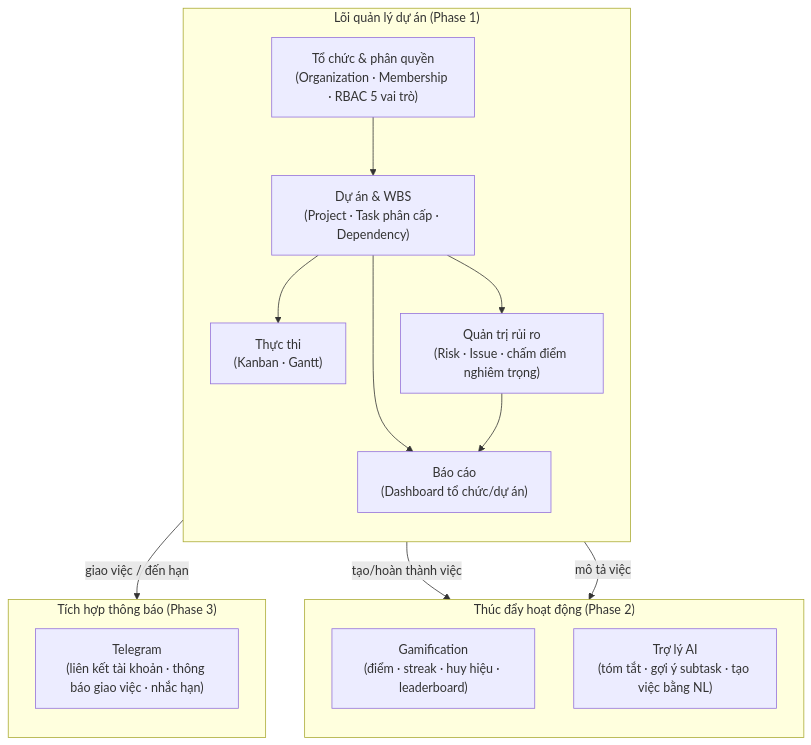
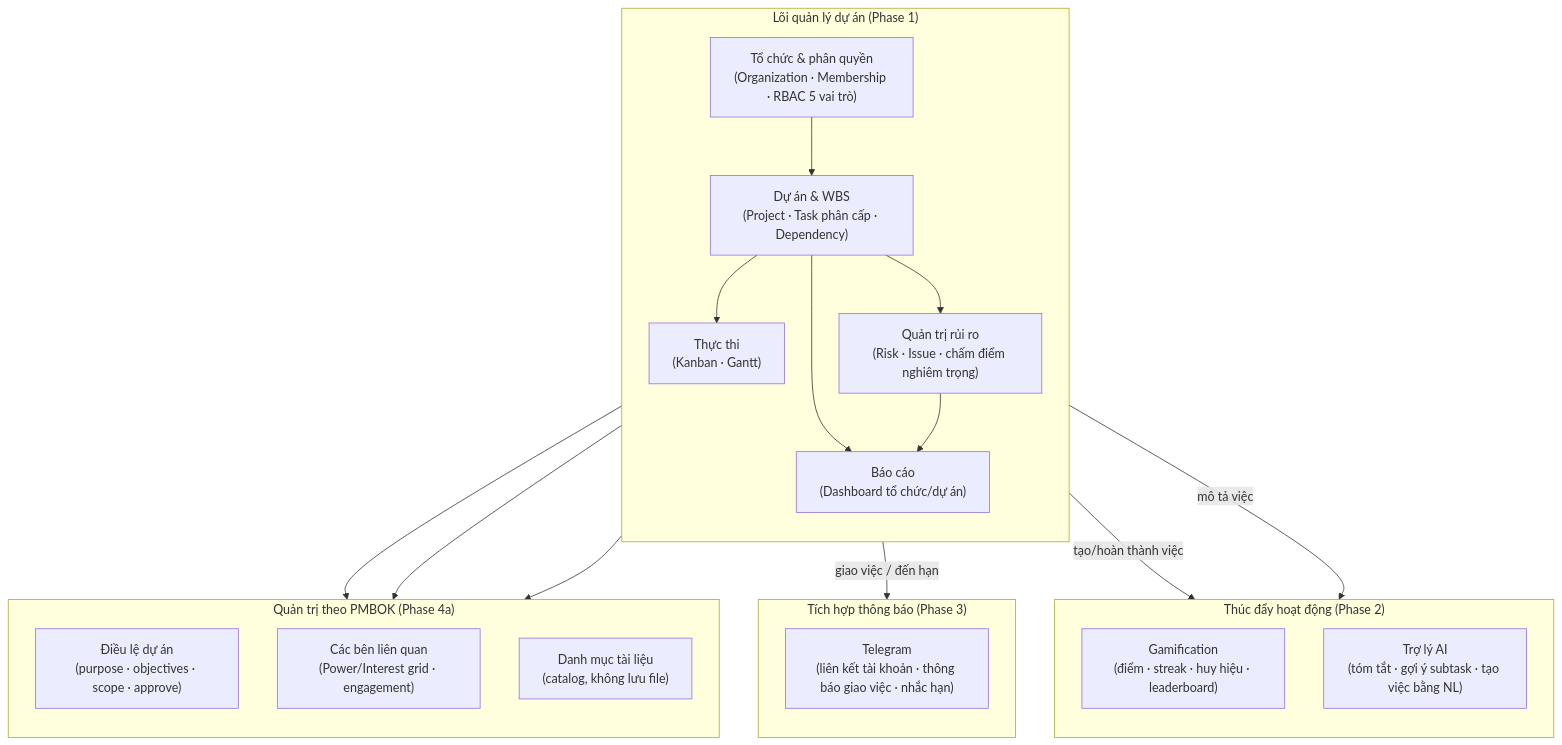
Before and after one commit to greyhub/pmtool: the first of 11 diagrams in docs/kien-truc.md, drawn with Mermaid. The commit also changed other lines of this file and 43 other files, not shown here.

First line of the commit message:
feat: add PMBOK project artifacts — Charter, Stakeholder Register, Document Registry (Phase 4a)

````diff
--- a/docs/kien-truc.md
+++ b/docs/kien-truc.md
@@ -20,28 +20,37 @@
 ```mermaid
 flowchart TD
     subgraph CORE["Lõi quản lý dự án (Phase 1)"]
         direction TB
         C1["Tổ chức & phân quyền<br/>(Organization · Membership · RBAC 5 vai trò)"]
         C2["Dự án & WBS<br/>(Project · Task phân cấp · Dependency)"]
         C3["Thực thi<br/>(Kanban · Gantt)"]
         C4["Quản trị rủi ro<br/>(Risk · Issue · chấm điểm nghiêm trọng)"]
         C5["Báo cáo<br/>(Dashboard tổ chức/dự án)"]
     end
     subgraph ENGAGE["Thúc đẩy hoạt động (Phase 2)"]
         direction TB
         E1["Gamification<br/>(điểm · streak · huy hiệu · leaderboard)"]
         E2["Trợ lý AI<br/>(tóm tắt · gợi ý subtask · tạo việc bằng NL)"]
     end
     subgraph NOTIFY["Tích hợp thông báo (Phase 3)"]
         direction TB
         N1["Telegram<br/>(liên kết tài khoản · thông báo giao việc · nhắc hạn)"]
     end
+    subgraph GOVERN["Quản trị theo PMBOK (Phase 4a)"]
+        direction TB
+        G1["Điều lệ dự án<br/>(purpose · objectives · scope · approve)"]
+        G2["Các bên liên quan<br/>(Power/Interest grid · engagement)"]
+        G3["Danh mục tài liệu<br/>(catalog, không lưu file)"]
+    end
 
     C1 --> C2
     C2 --> C3
     C2 --> C4
     C2 & C4 --> C5
     C2 -- "tạo/hoàn thành việc" --> E1
     C2 -- "mô tả việc" --> E2
     C2 -- "giao việc / đến hạn" --> N1
+    C2 --> G1
+    C2 --> G2
+    C2 --> G3
 ```
````
